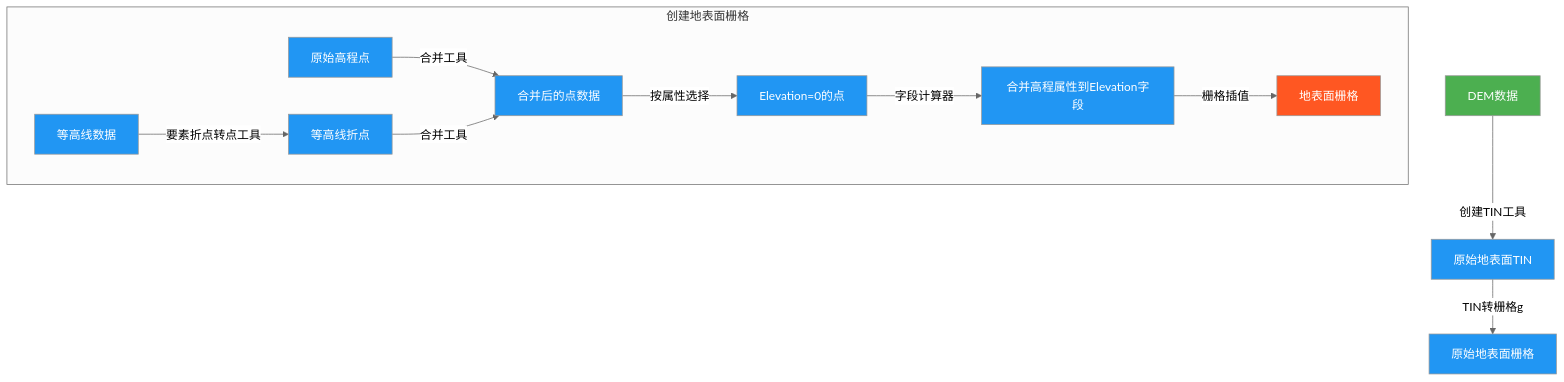
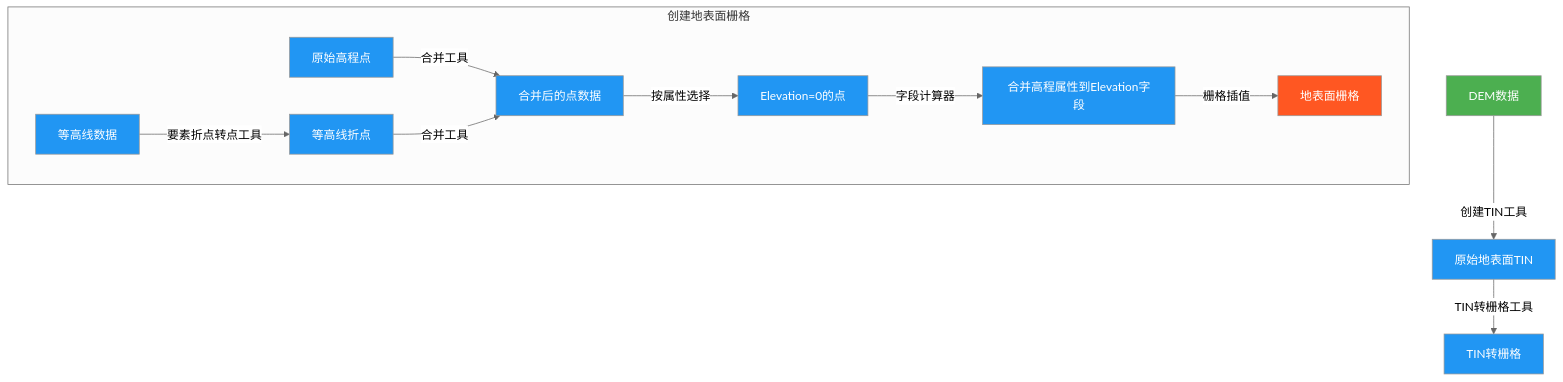
The diagram in all/未命名.md (newguser/iodraw-files), drawn with Mermaid (neutral theme) before and after one commit.

Commit message:
2025-02-27 21:34:39 update

````diff
--- a/all/未命名.md
+++ b/all/未命名.md
@@ -1,20 +1,20 @@
 ```mermaid
 graph TD
     A[DEM数据] -->|创建TIN工具| B[原始地表面TIN]
-    B -->|TIN转栅格g| C[原始地表面栅格]
+    B -->|TIN转栅格工具| C[TIN转栅格]
     
 
     subgraph 创建地表面栅格
         D1[等高线数据] -->|要素折点转点工具| D2[等高线折点]
         D3[原始高程点] -->|合并工具| D4[合并后的点数据]
         D2 -->|合并工具| D4
         D4 -->|按属性选择| D5[Elevation=0的点]
         D5 -->|字段计算器| D6[合并高程属性到Elevation字段]
         D6 -->|栅格插值| D[地表面栅格]
     end
 
     style A fill:#4CAF50,color:white
     style D fill:#FF5722,color:white
     classDef process fill:#2196F3,color:white;
     class B,C,D1,D2,D3,D4,D5,D6 process
 ```
````
